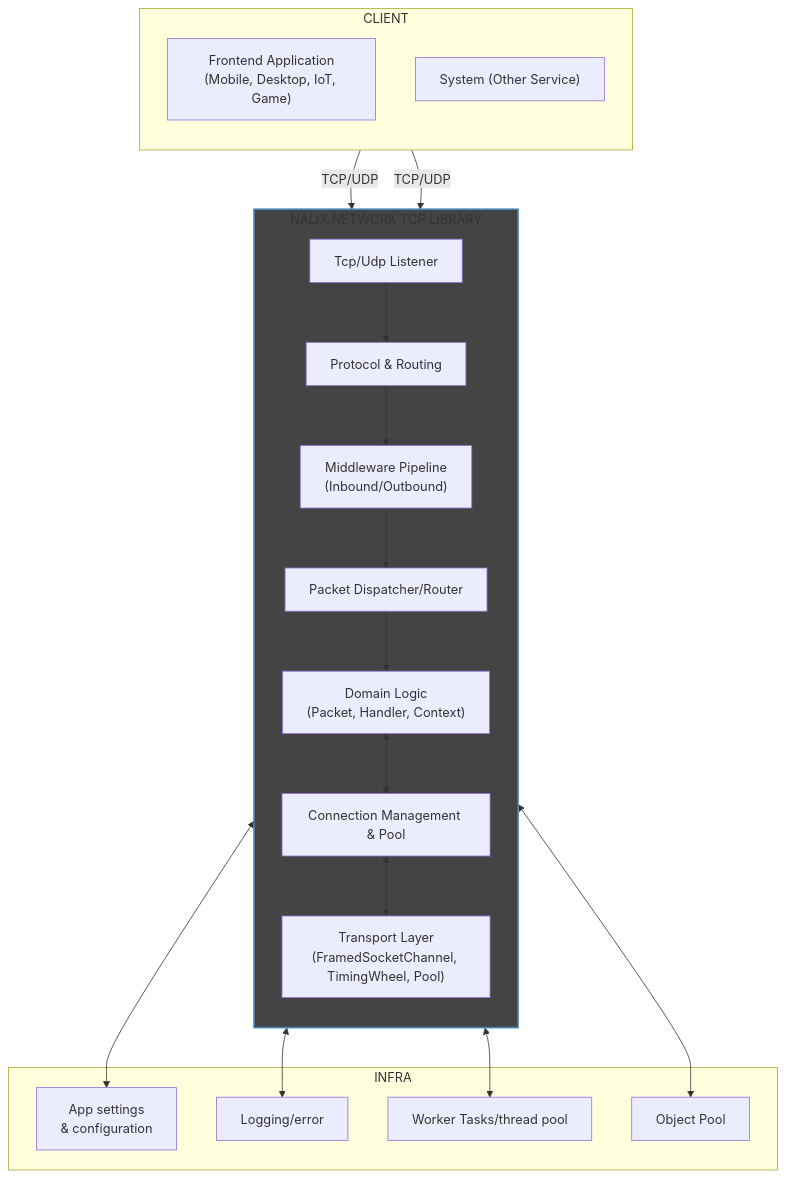
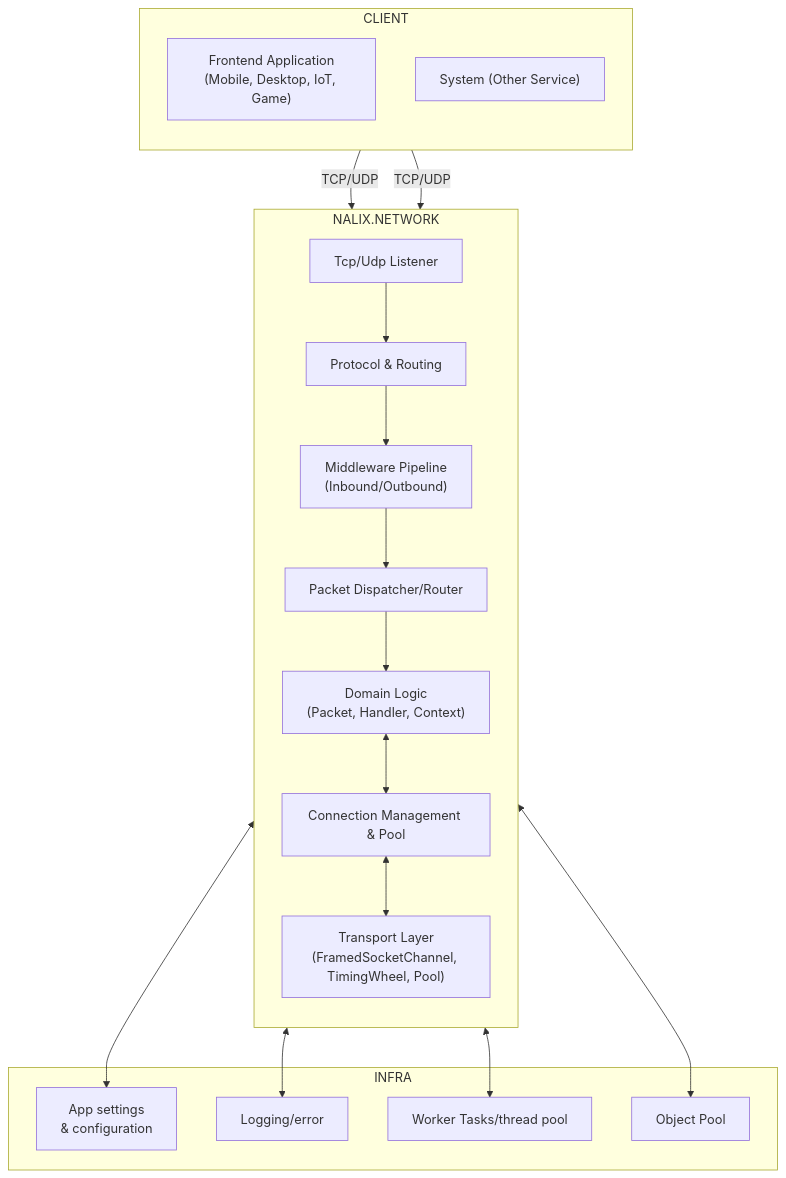
One commit to ppn-systems/nalix-docs changed the first of 6 diagrams in docs/concepts/architecture.md. Above: the diagram before and after it, drawn with Mermaid. The commit also changed 5 other files, not shown here.

````diff
--- a/docs/concepts/architecture.md
+++ b/docs/concepts/architecture.md
@@ -18,43 +18,40 @@
 ```mermaid
 flowchart TD
     subgraph CLIENT
       direction TB
       A["Frontend Application\n(Mobile, Desktop, IoT, Game)"]
       B["System (Other Service)"]
     end
 
-    subgraph NALIX_LIB["NALIX.NETWORK TCP LIBRARY"]
+    subgraph NALIX_LIB["NALIX.NETWORK"]
       direction TB
       Listeners["Tcp/Udp Listener"]
       Protocols["Protocol & Routing"]
       Middleware["Middleware Pipeline\n(Inbound/Outbound)"]
       Dispatch["Packet Dispatcher/Router"]
       Domain["Domain Logic\n(Packet, Handler, Context)"]
       ConnectionMgmt["Connection Management & Pool"]
       Infra["Transport Layer\n(FramedSocketChannel, TimingWheel, Pool)"]
     end
 
     subgraph INFRA
       Config["App settings\n& configuration"]
       Logging["Logging/error"]
       Tasks["Worker Tasks/thread pool"]
       ObjectPool["Object Pool"]
     end
 
     A -->|TCP/UDP| Listeners
     B -->|TCP/UDP| Listeners
 
     Listeners --> Protocols
     Protocols --> Middleware
     Middleware --> Dispatch
     Dispatch --> Domain
     Domain <--> ConnectionMgmt
     ConnectionMgmt <--> Infra
     Infra <--> Config
     Infra <--> Logging
     Infra <--> Tasks
     Infra <--> ObjectPool
-
-    style NALIX_LIB fill:#444444,stroke:#4682b4,stroke-width:2px
-    classDef inner fill:#444444,stroke:#4682b4,stroke-width:1px;
 ```
````
